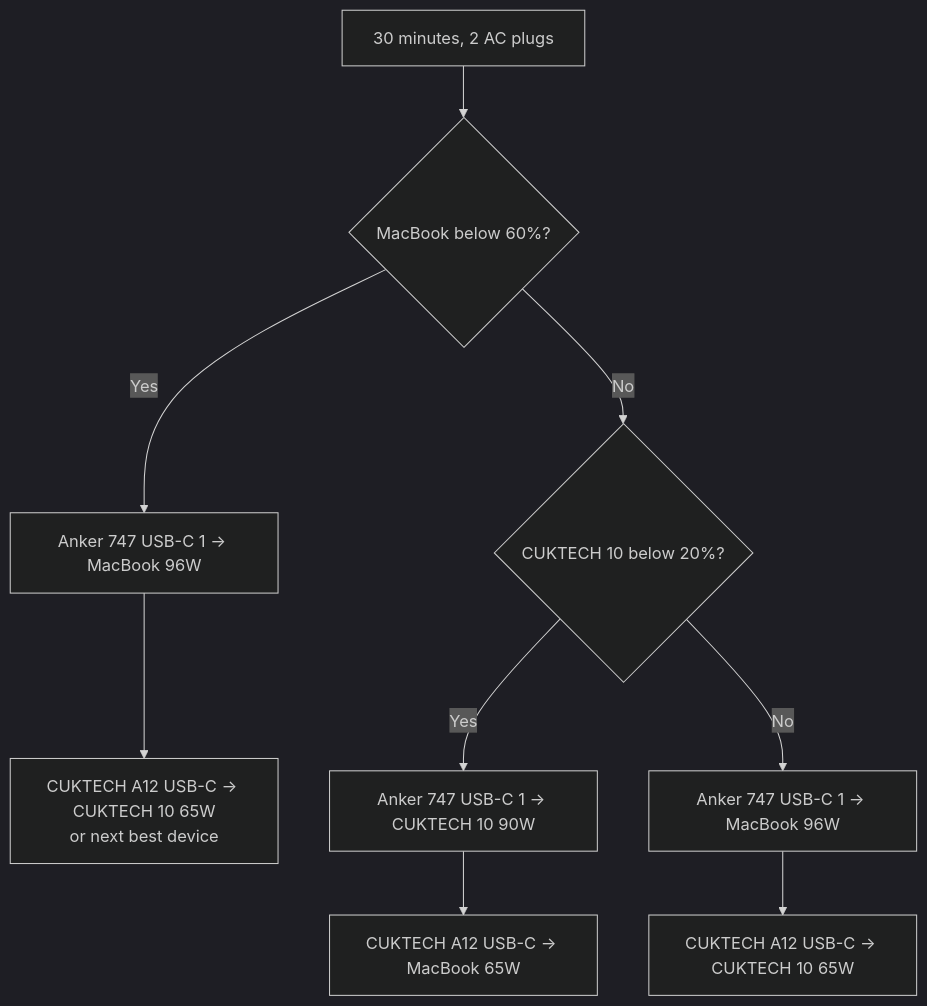
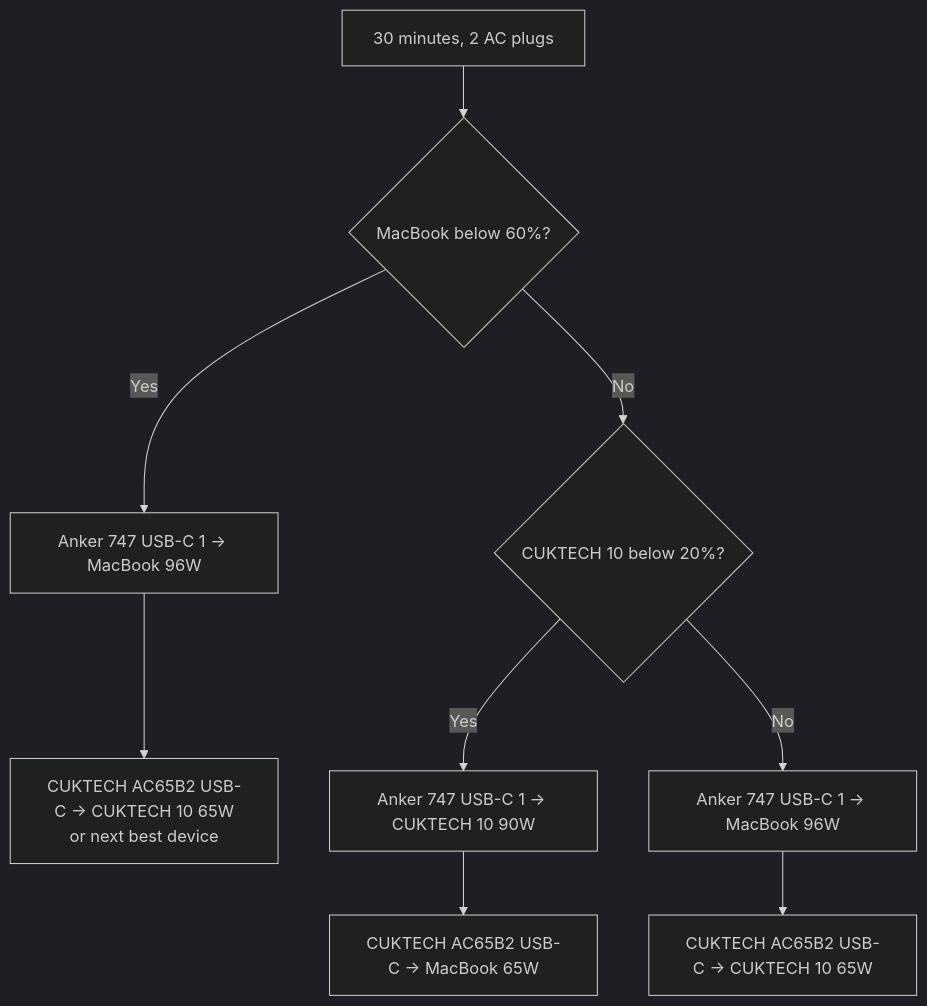
One commit to kaovilai/charge-arsenal changed the second of 2 diagrams in README.md. Above: the diagram before and after it, drawn with Mermaid (dark theme). The commit also changed other lines of this file and 9 other files, not shown here.

````diff
--- a/README.md
+++ b/README.md
@@ -106,14 +106,14 @@
 ```mermaid
 flowchart TD
     start[30 minutes, 2 AC plugs] --> q1{MacBook below 60%?}
 
     q1 -->|Yes| a1[Anker 747 USB-C 1 -> MacBook 96W]
-    a1 --> b1[CUKTECH A12 USB-C -> CUKTECH 10 65W<br/>or next best device]
+    a1 --> b1[CUKTECH AC65B2 USB-C -> CUKTECH 10 65W<br/>or next best device]
 
     q1 -->|No| q2{CUKTECH 10 below 20%?}
     q2 -->|Yes| a2[Anker 747 USB-C 1 -> CUKTECH 10 90W]
-    a2 --> b2[CUKTECH A12 USB-C -> MacBook 65W]
+    a2 --> b2[CUKTECH AC65B2 USB-C -> MacBook 65W]
 
     q2 -->|No| a3[Anker 747 USB-C 1 -> MacBook 96W]
-    a3 --> b3[CUKTECH A12 USB-C -> CUKTECH 10 65W]
+    a3 --> b3[CUKTECH AC65B2 USB-C -> CUKTECH 10 65W]
 ```
````
